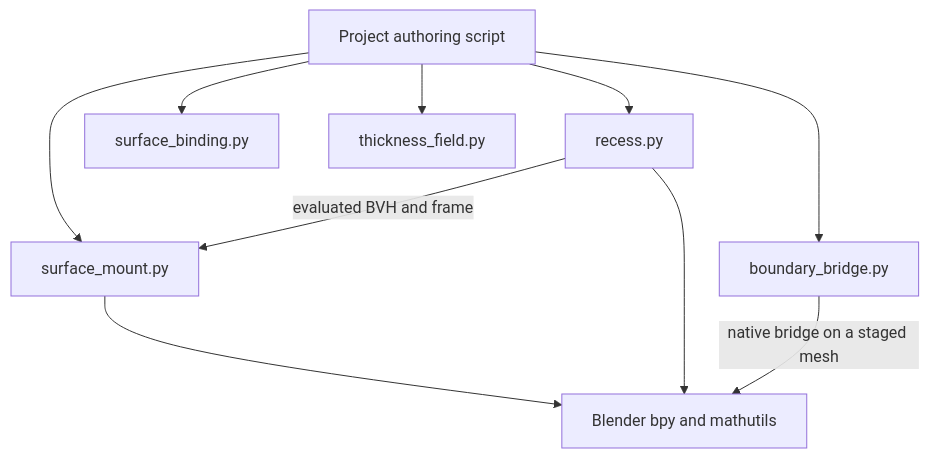
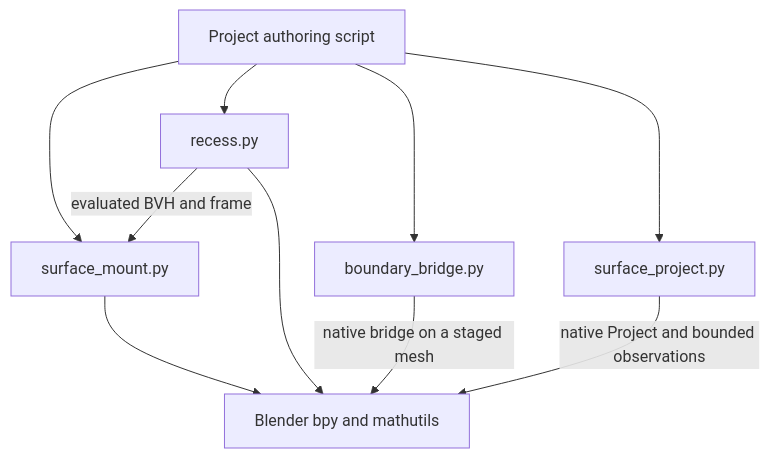
One commit to ictseoyoungmin/refas changed the second of 2 diagrams in docs/development/refas-2-skill-map.md. Above: the diagram before and after it, drawn with Mermaid. The commit also changed other lines of this file and 8 other files, not shown here.

Commit message:
feat: validate bounded native surface projection

````diff
--- a/docs/development/refas-2-skill-map.md
+++ b/docs/development/refas-2-skill-map.md
@@ -51,12 +51,12 @@
 ```mermaid
 flowchart TD
     Script["Project authoring script"] --> Mount["surface_mount.py"]
     Script --> Recess["recess.py"]
     Script --> Bridge["boundary_bridge.py"]
-    Script --> Binding["surface_binding.py"]
-    Script --> Thickness["thickness_field.py"]
+    Script --> Projection["surface_project.py"]
     Recess -- "evaluated BVH and frame" --> Mount
     Mount --> Blender["Blender bpy and mathutils"]
     Recess --> Blender
     Bridge -- "native bridge on a staged mesh" --> Blender
+    Projection -- "native Project and bounded observations" --> Blender
 ```
````
